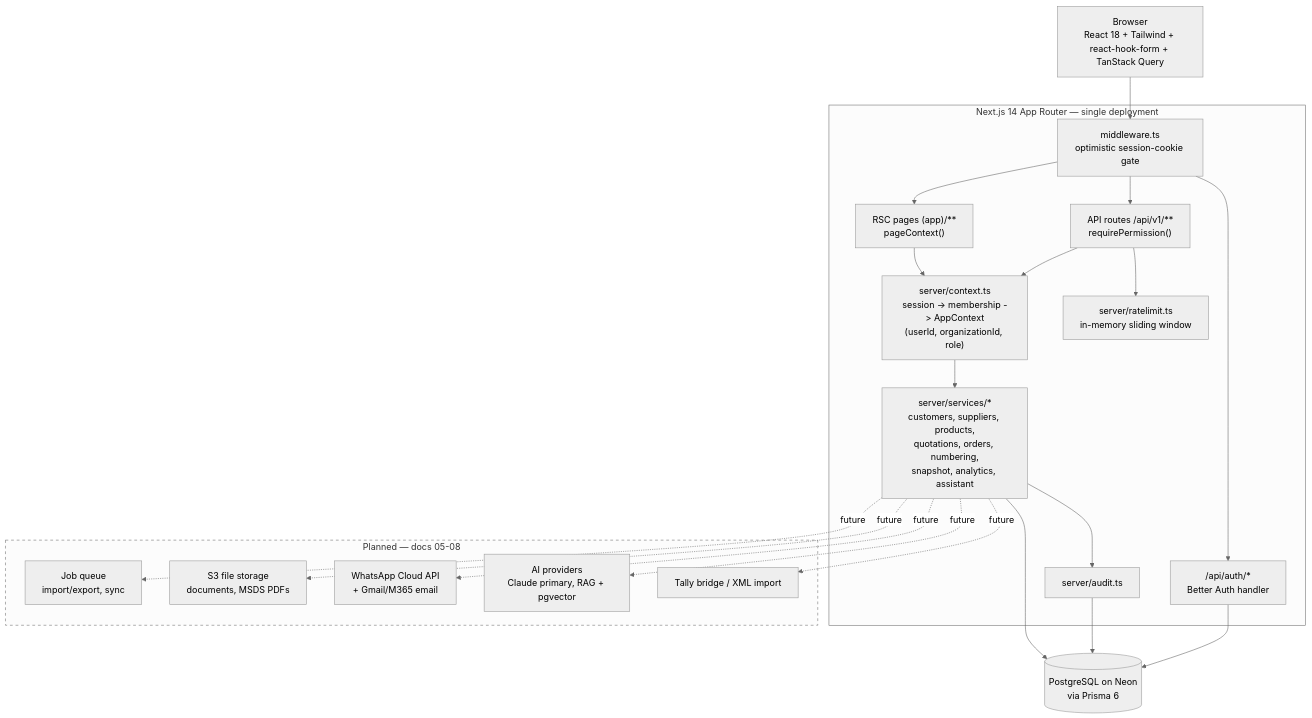
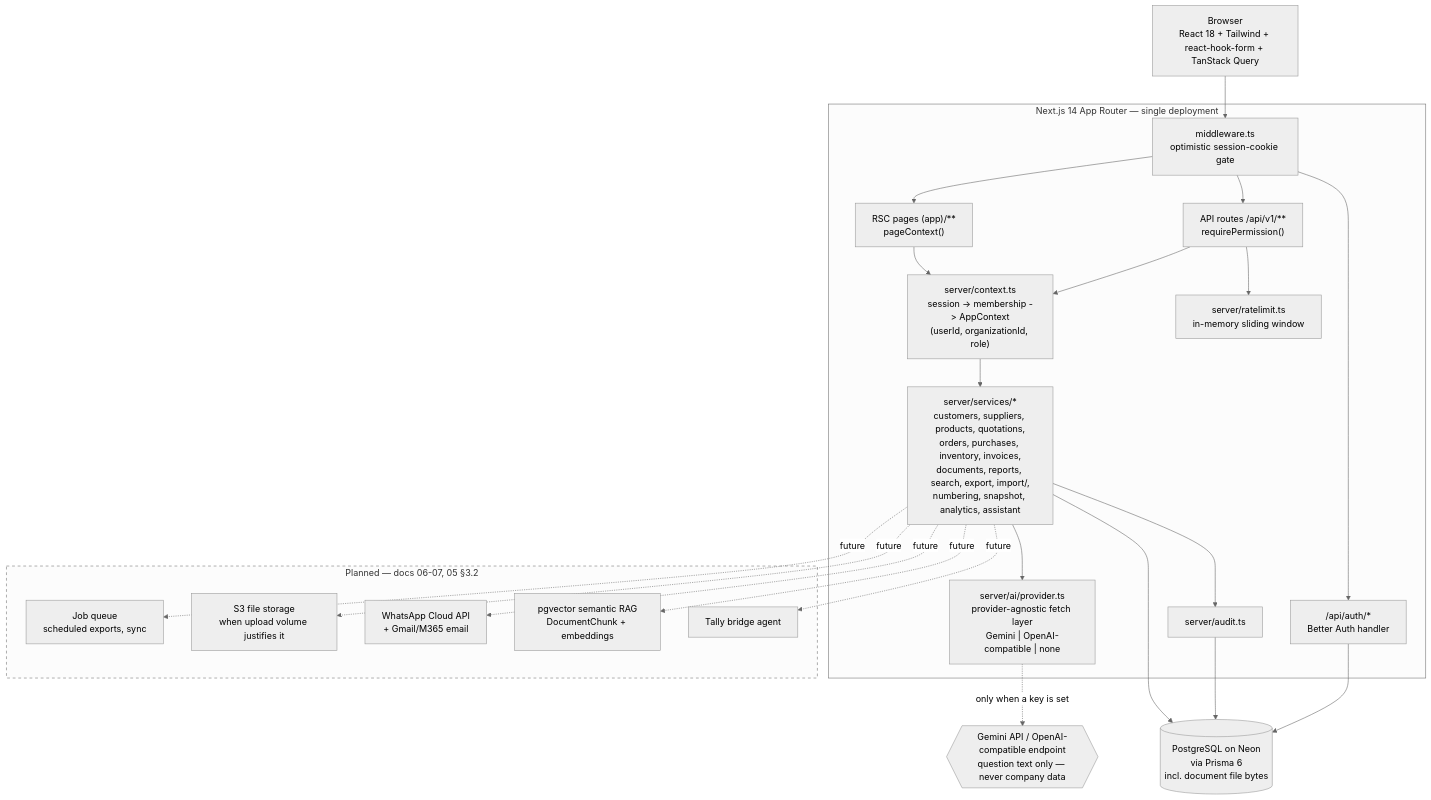
Before and after one commit to zarah-ai-team/Leather-Chemical: the diagram in docs/01-architecture.md, drawn with Mermaid (neutral theme). The commit also changed other lines of this file and 38 other files, not shown here.

````diff
--- a/docs/01-architecture.md
+++ b/docs/01-architecture.md
@@ -15,46 +15,50 @@
 ```mermaid
 flowchart TB
     B[Browser<br/>React 18 + Tailwind + react-hook-form + TanStack Query]
 
     subgraph next [Next.js 14 App Router — single deployment]
         MW[middleware.ts<br/>optimistic session-cookie gate]
         RSC["RSC pages (app)/**<br/>pageContext()"]
         API["API routes /api/v1/**<br/>requirePermission()"]
         AUTH["/api/auth/* <br/>Better Auth handler"]
         CTX["server/context.ts<br/>session -> membership -> AppContext<br/>(userId, organizationId, role)"]
-        SVC["server/services/*<br/>customers, suppliers, products,<br/>quotations, orders, numbering,<br/>snapshot, analytics, assistant"]
+        SVC["server/services/*<br/>customers, suppliers, products, quotations,<br/>orders, purchases, inventory, invoices,<br/>documents, reports, search, export, import/,<br/>numbering, snapshot, analytics, assistant"]
+        AIL["server/ai/provider.ts<br/>provider-agnostic fetch layer<br/>Gemini | OpenAI-compatible | none"]
         AUD[server/audit.ts]
         RL[server/ratelimit.ts<br/>in-memory sliding window]
     end
 
-    P[(PostgreSQL on Neon<br/>via Prisma 6)]
+    P[(PostgreSQL on Neon<br/>via Prisma 6<br/>incl. document file bytes)]
+    EXT{{"Gemini API / OpenAI-compatible endpoint<br/>question text only — never company data"}}
 
     B --> MW
     MW --> RSC
     MW --> API
     MW --> AUTH
     RSC --> CTX
     API --> CTX
     API --> RL
     CTX --> SVC
+    SVC --> AIL
+    AIL -. only when a key is set .-> EXT
     SVC --> AUD
     SVC --> P
     AUD --> P
     AUTH --> P
 
-    subgraph planned [Planned — docs 05-08]
-        Q[Job queue<br/>import/export, sync]
-        S3[S3 file storage<br/>documents, MSDS PDFs]
+    subgraph planned [Planned — docs 06-07, 05 §3.2]
+        Q[Job queue<br/>scheduled exports, sync]
+        S3[S3 file storage<br/>when upload volume justifies it]
         WA[WhatsApp Cloud API<br/>+ Gmail/M365 email]
-        AI[AI providers<br/>Claude primary, RAG + pgvector]
-        TALLY[Tally bridge / XML import]
+        VEC[pgvector semantic RAG<br/>DocumentChunk + embeddings]
+        TALLY[Tally bridge agent]
     end
 
     SVC -. future .-> Q
     SVC -. future .-> S3
     SVC -. future .-> WA
-    SVC -. future .-> AI
+    SVC -. future .-> VEC
     SVC -. future .-> TALLY
 
     style planned stroke-dasharray: 5 5
 ```
````
